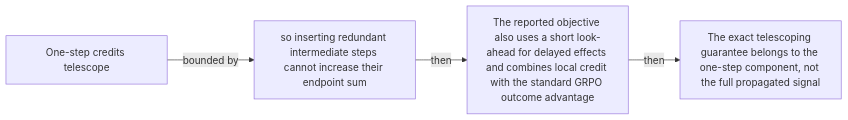
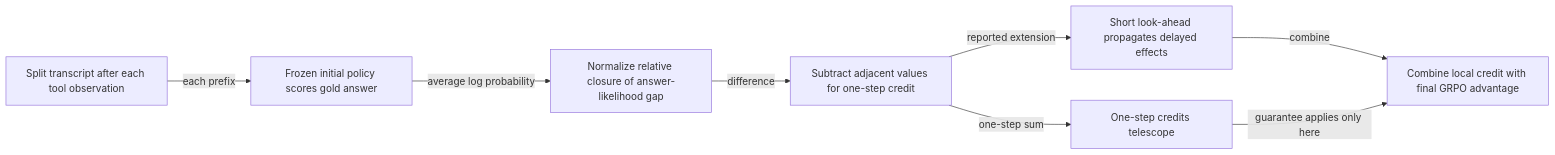
Diagram 18 of 48 in docs/visual-manifests/VISUAL_MANIFEST_TRACE.md (Betancourt1/paper_atlas), drawn with Mermaid before and after one commit. The commit also changed other lines of this file and 7 other files, not shown here.

````diff
--- a/docs/visual-manifests/VISUAL_MANIFEST_TRACE.md
+++ b/docs/visual-manifests/VISUAL_MANIFEST_TRACE.md
@@ -1524,10 +1431,17 @@
 ```mermaid
 flowchart LR
-  n1["One-step credits telescope"]
-  n2["so inserting redundant intermediate steps cannot increase their endpoint sum"]
-  n3["The reported objective also uses a short look-ahead for delayed effects and combines local credit with the standard GRPO outcome advantage"]
-  n4["The exact telescoping guarantee belongs to the one-step component, not the full propagated signal"]
-  n1 -->|"bounded by"| n2
-  n2 -->|"then"| n3
-  n3 -->|"then"| n4
+  prefix["Split transcript after each tool observation"]
+  probe["Frozen initial policy scores gold answer"]
+  value["Normalize relative closure of answer-likelihood gap"]
+  td["Subtract adjacent values for one-step credit"]
+  telescope["One-step credits telescope"]
+  prop["Short look-ahead propagates delayed effects"]
+  outcome["Combine local credit with final GRPO advantage"]
+  prefix -->|"each prefix"| probe
+  probe -->|"average log probability"| value
+  value -->|"difference"| td
+  td -->|"one-step sum"| telescope
+  td -->|"reported extension"| prop
+  prop -->|"combine"| outcome
+  telescope -->|"guarantee applies only here"| outcome
 ```
````
